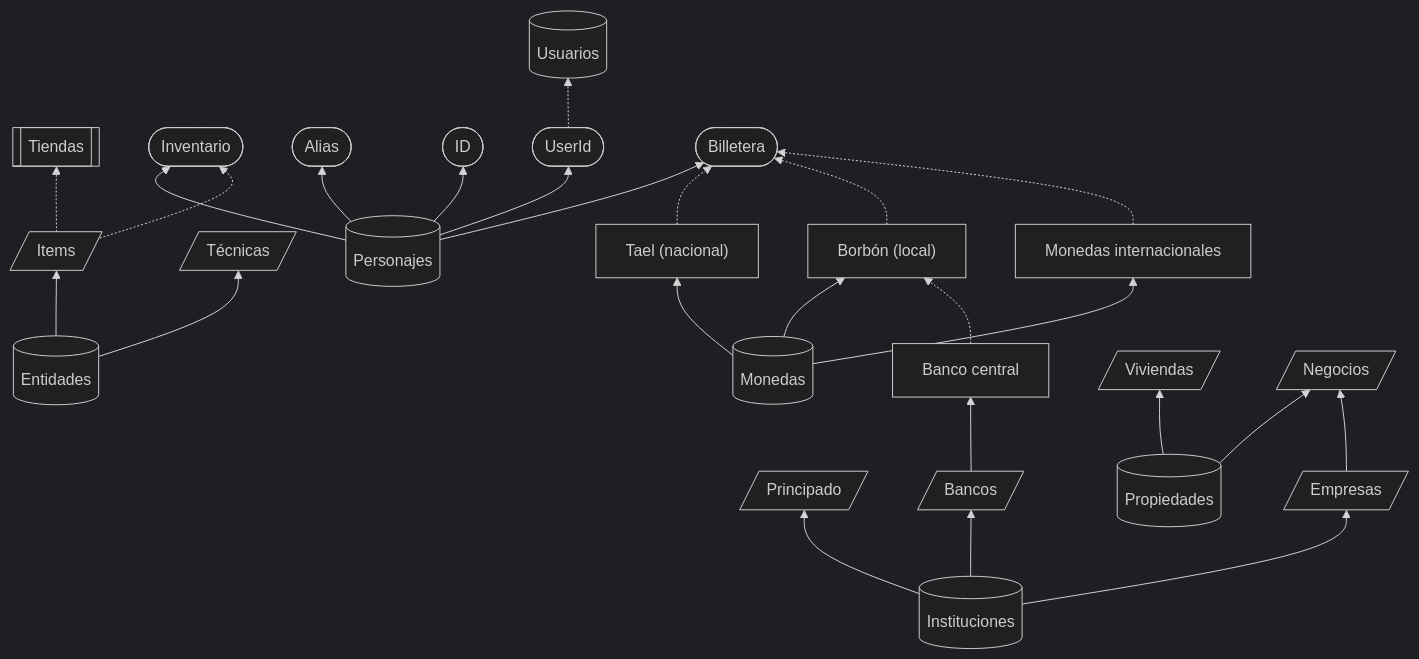
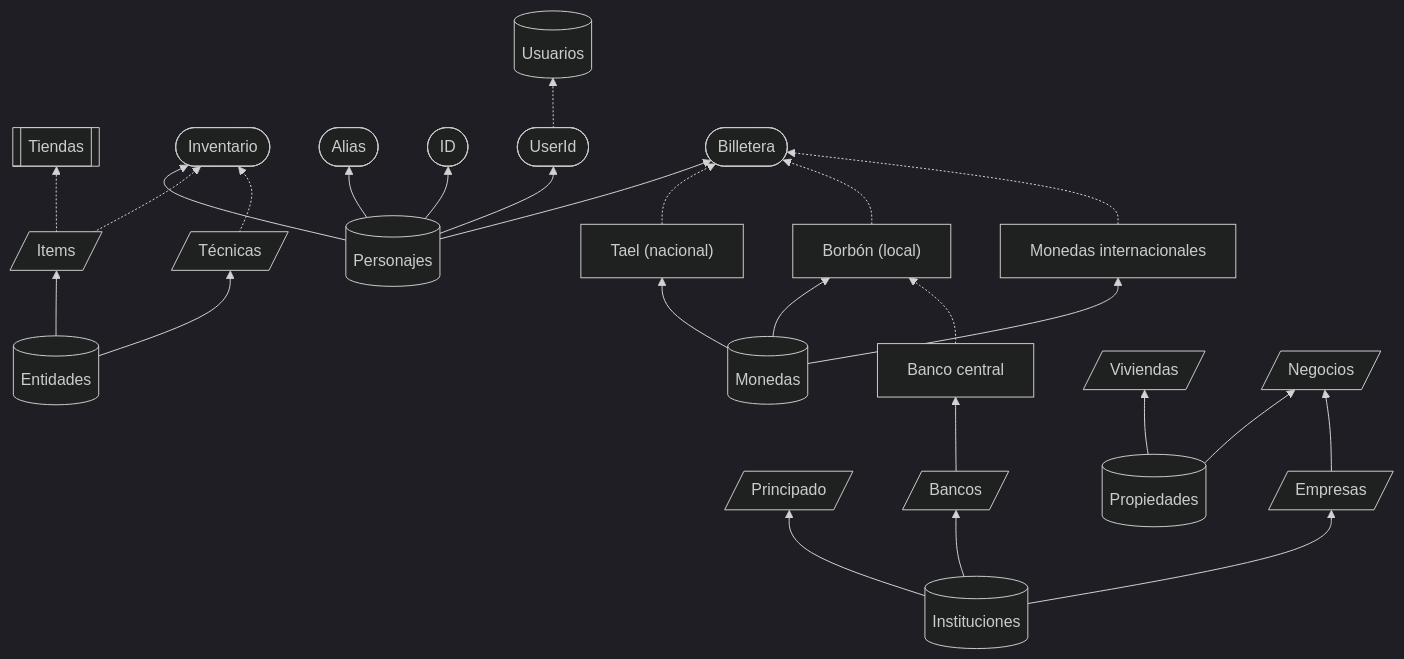
The diagram in content/Off-rol/Jerarquia de Economia.md (Redpower2/quartz), drawn with Mermaid (dark theme) before and after one commit. The commit also changed 1 other file, not shown here.

Commit message:
Update: mié. 03/06/2026 23:14:05,45

````diff
--- a/content/Off-rol/Jerarquia de Economia.md
+++ b/content/Off-rol/Jerarquia de Economia.md
@@ -1,62 +1,63 @@
 ```mermaid
 flowchart BT
 
 Ent[("Entidades")]
 	It[/ "Items" /]
 		Tien[["Tiendas"]]
 	Tec[/ "Técnicas" /]
 	
 PJ[("Personajes")]
 	Inv(["Inventario"])
 	Alias(["Alias"])
 	ID(["ID"])
 	UId(["UserId"])
 	Bil(["Billetera"])
 
 Users[("Usuarios")]
 
 Mon[("Monedas")]
 	Tael["Tael (nacional)"]
 	Bor["Borbón (local)"]
 	Mint["Monedas internacionales"]
 
 Inst[("Instituciones")]
 	Prin[/ "Principado" /]
 	Ban[/ "Bancos" /]
 		BanCe["Banco central"]
 	Emp[/ "Empresas" /]
 
 Prop[("Propiedades")]
 	Viv[/ "Viviendas" /]
 	Neg[/ "Negocios" /]
 
 
 Ent --> It
 	It -.-> Tien
 Ent --> Tec
 
 PJ --> Inv
 	It -.-> Inv
+	Tec -.-> Inv
 PJ --> Alias
 PJ --> ID
 PJ --> Bil
 PJ --> UId
 	UId -.-> Users
 
 Mon --> Tael
 	Tael -.-> Bil
 Mon --> Bor
 	Bor -.-> Bil
 Mon --> Mint
 	Mint -.-> Bil
 
 Inst --> Prin
 Inst --> Ban
 	Ban --> BanCe
 		BanCe -.-> Bor
 Inst --> Emp
 
 Prop --> Viv
 Prop --> Neg
 	Emp --> Neg
 ```
````
